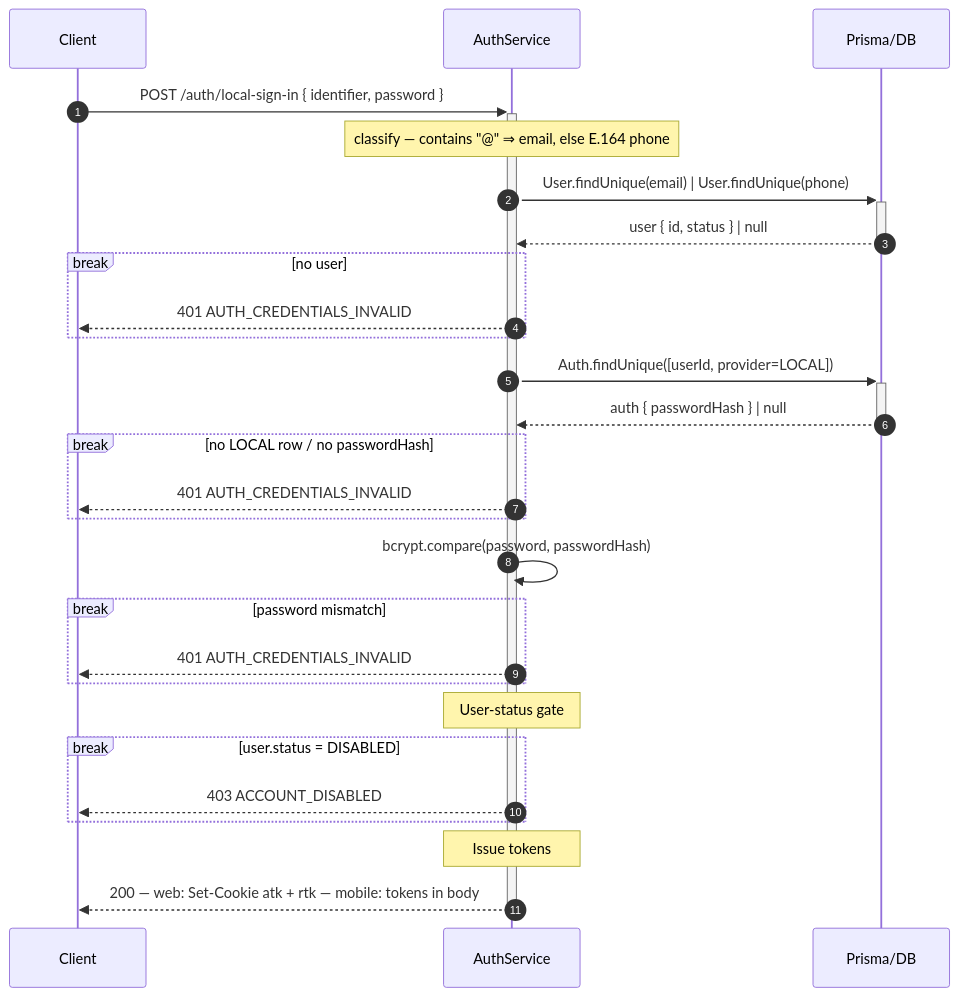
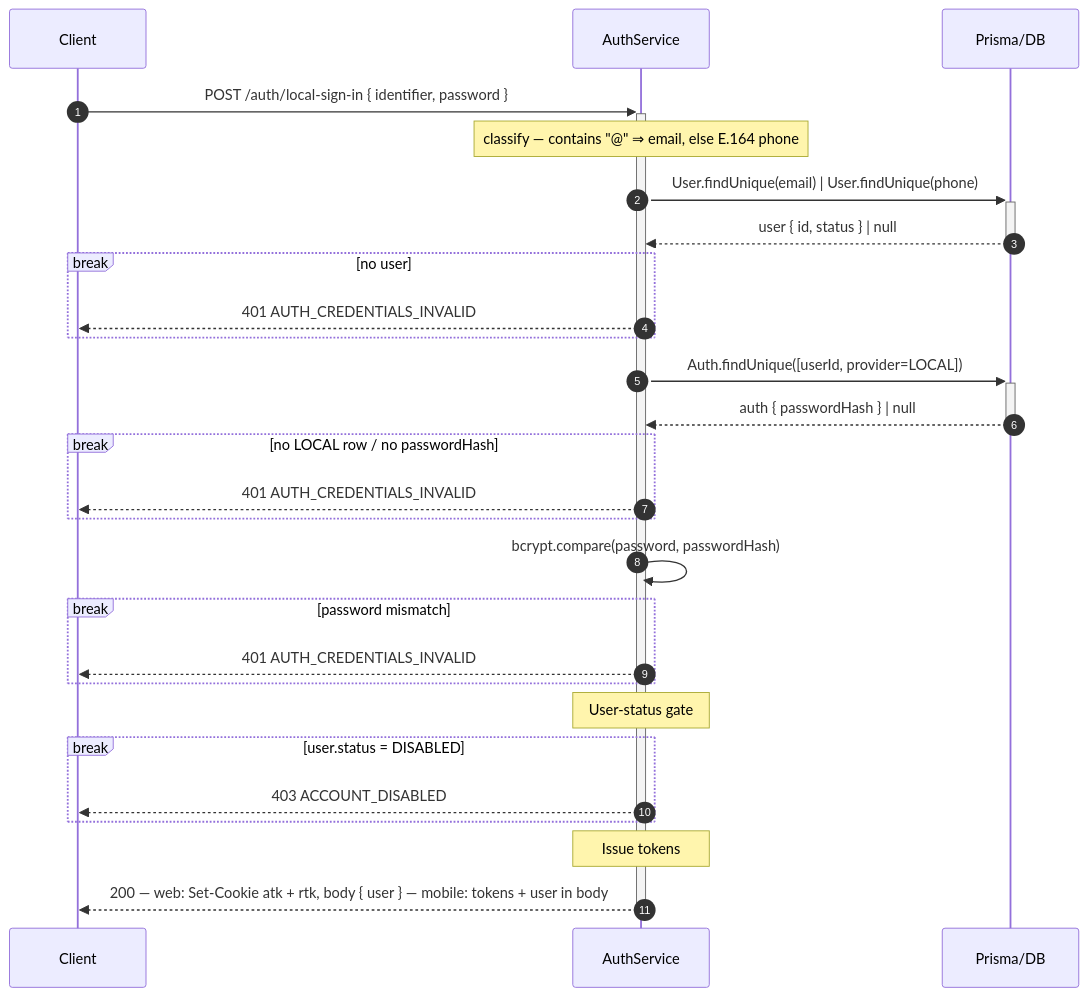
The first of 2 diagrams in apps/api/docs/architecture/authen/LOCAL-SIGN-IN.md (chuhaiphu/vinaup-platform), drawn with Mermaid before and after one commit. The commit also changed other lines of this file and 25 other files, not shown here.

````diff
--- a/apps/api/docs/architecture/authen/LOCAL-SIGN-IN.md
+++ b/apps/api/docs/architecture/authen/LOCAL-SIGN-IN.md
@@ -25,30 +25,30 @@
 ```mermaid
 sequenceDiagram
     autonumber
     participant C as Client
     participant Auth as AuthService
     participant DB as Prisma/DB
 
     C->>+Auth: POST /auth/local-sign-in { identifier, password }
     Note over Auth: classify — contains "@" ⇒ email, else E.164 phone
     Auth->>+DB: User.findUnique(email) | User.findUnique(phone)
     DB-->>-Auth: user { id, status } | null
     break no user
         Auth-->>C: 401 AUTH_CREDENTIALS_INVALID
     end
     Auth->>+DB: Auth.findUnique([userId, provider=LOCAL])
     DB-->>-Auth: auth { passwordHash } | null
     break no LOCAL row / no passwordHash
         Auth-->>C: 401 AUTH_CREDENTIALS_INVALID
     end
     Auth->>Auth: bcrypt.compare(password, passwordHash)
     break password mismatch
         Auth-->>C: 401 AUTH_CREDENTIALS_INVALID
     end
     Note over Auth: User-status gate
     break user.status = DISABLED
         Auth-->>C: 403 ACCOUNT_DISABLED
     end
     Note over Auth: Issue tokens
-    Auth-->>-C: 200 — web: Set-Cookie atk + rtk — mobile: tokens in body
+    Auth-->>-C: 200 — web: Set-Cookie atk + rtk, body { user } — mobile: tokens + user in body
 ```
````
